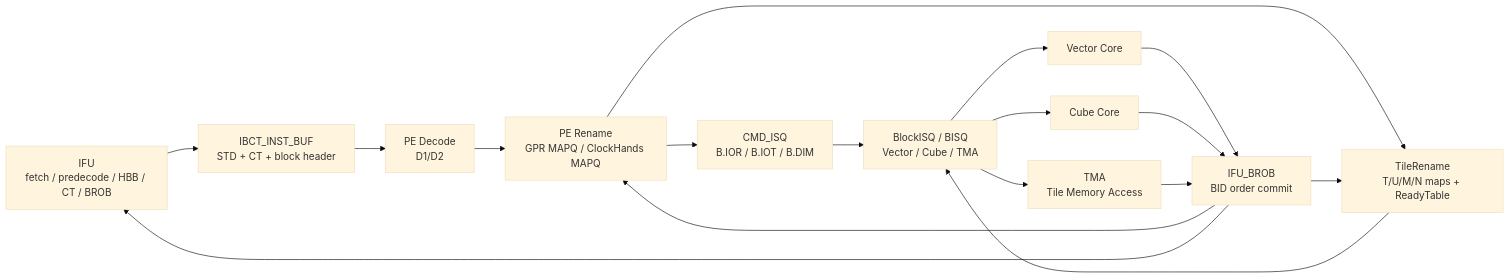
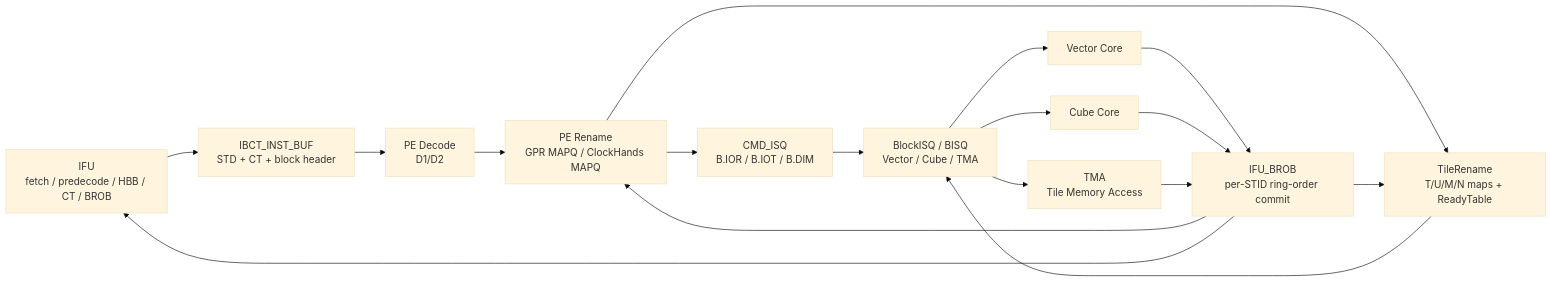
The diagram in docs/architecture/Janus/BCC/README.md (LinxISA/LinxCore), drawn with Mermaid (base theme) before and after one commit. The commit also changed other lines of this file and 34 other files, not shown here.

````diff
--- a/docs/architecture/Janus/BCC/README.md
+++ b/docs/architecture/Janus/BCC/README.md
@@ -62,19 +68,19 @@
 ```mermaid
 flowchart LR
   IFU["IFU<br/>fetch / predecode / HBB / CT / BROB"] --> IB["IBCT_INST_BUF<br/>STD + CT + block header"]
   IB --> PE_D["PE Decode<br/>D1/D2"]
   PE_D --> RN["PE Rename<br/>GPR MAPQ / ClockHands MAPQ"]
   RN --> CMD["CMD_ISQ<br/>B.IOR / B.IOT / B.DIM"]
   RN --> TR["TileRename<br/>T/U/M/N maps + ReadyTable"]
   CMD --> BISQ["BlockISQ / BISQ<br/>Vector / Cube / TMA"]
   TR --> BISQ
   BISQ --> VEC["Vector Core"]
   BISQ --> CUBE["Cube Core"]
   BISQ --> TMA["TMA<br/>Tile Memory Access"]
-  VEC --> BROB["IFU_BROB<br/>BID order commit"]
+  VEC --> BROB["IFU_BROB<br/>per-STID ring-order commit"]
   CUBE --> BROB
   TMA --> BROB
   BROB --> TR
   BROB --> RN
   BROB --> IFU
 ```
````
